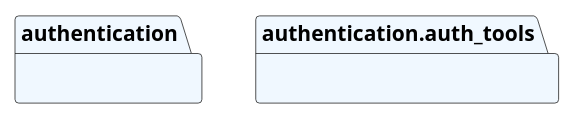
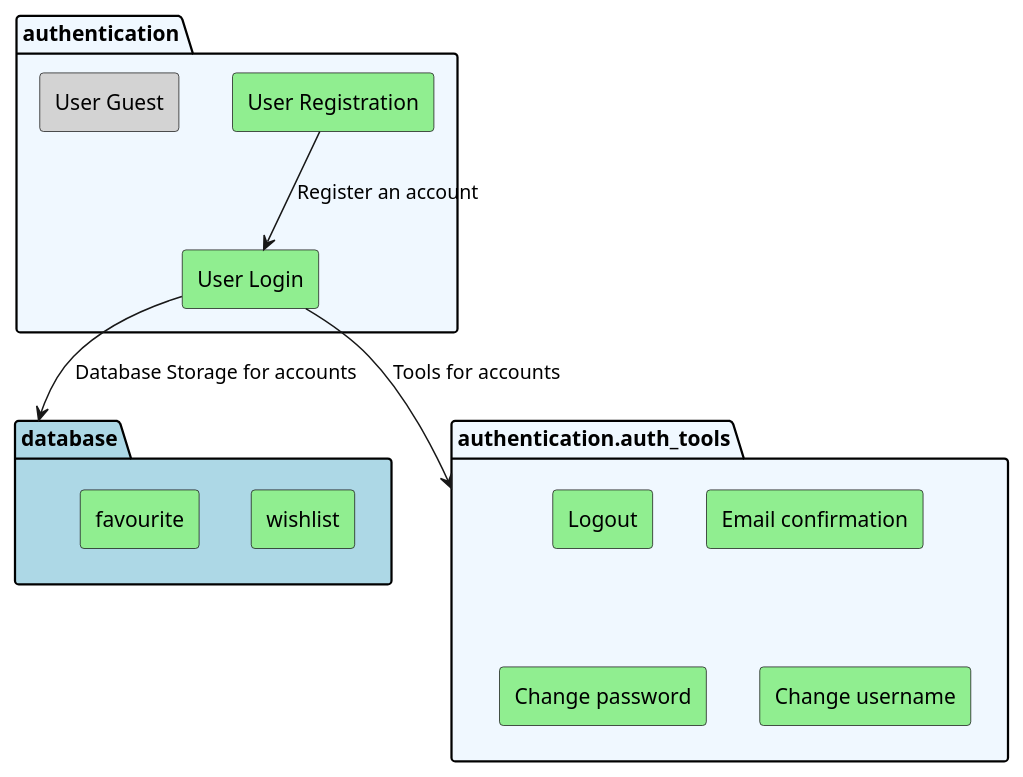
One commit to olivialba/onlineStoreTemplate changed the diagram in docs/diagrams/system/authentication_packages.puml. Above: the diagram before and after it, drawn with PlantUML. The commit also changed 1 other file, not shown here.

Commit message:
updated authentication packages

```diff
--- a/docs/diagrams/system/authentication_packages.puml
+++ b/docs/diagrams/system/authentication_packages.puml
@@ -1,7 +1,26 @@
 @startuml packages
 set namespaceSeparator none
+
+package "database" as database #lightblue {
+  rectangle "wishlist" as wishlist #lightgreen
+  rectangle "favourite" as favourite #lightgreen
+}
+
 package "authentication" as authentication #aliceblue {
+  rectangle "User Login" as login #lightgreen
+  rectangle "User Registration" as register #lightgreen
+  rectangle "User Guest" as guest #lightgray
 }
+
 package "authentication.auth_tools" as authentication.auth_tools #aliceblue {
+  rectangle "Logout" as logout #lightgreen
+  rectangle "Email confirmation" as email #lightgreen
+  rectangle "Change password" as password #lightgreen
+  rectangle "Change username" as username #lightgreen
 }
+
+register --> login : Register an account
+login --> database : Database Storage for accounts
+login --> authentication.auth_tools : Tools for accounts
+
 @enduml
```
